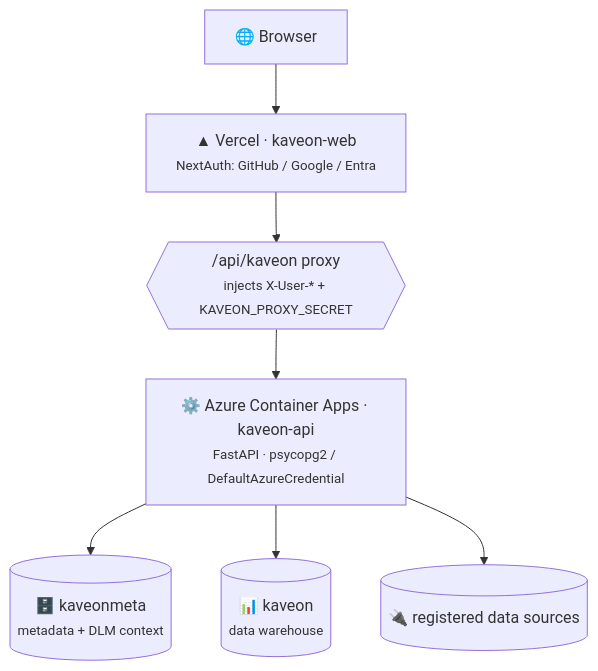
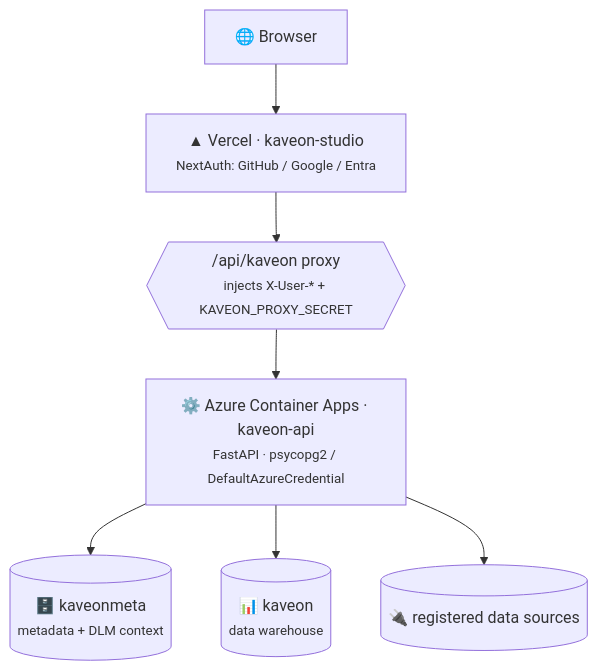
Before and after one commit to PruthviProdduturi/Kaveon: the diagram in docs/guides/deploy-vercel-azure-postgres.md, drawn with Mermaid. The commit also changed other lines of this file and 267 other files, not shown here.

First line of the commit message:
refactor: platform architecture — studio + api + engine + dlm

````diff
--- a/docs/guides/deploy-vercel-azure-postgres.md
+++ b/docs/guides/deploy-vercel-azure-postgres.md
@@ -5,14 +5,14 @@
 ```mermaid
 flowchart TD
     B["🌐 Browser"]
-    V["▲ Vercel · kaveon-web<br/><small>NextAuth: GitHub / Google / Entra</small>"]
+    V["▲ Vercel · kaveon-studio<br/><small>NextAuth: GitHub / Google / Entra</small>"]
     P{{"/api/kaveon proxy<br/><small>injects X-User-* + KAVEON_PROXY_SECRET</small>"}}
     A["⚙️ Azure Container Apps · kaveon-api<br/><small>FastAPI · psycopg2 / DefaultAzureCredential</small>"]
     M[("🗄️ kaveonmeta<br/><small>metadata + DLM context</small>")]
     D[("📊 kaveon<br/><small>data warehouse</small>")]
     X[("🔌 registered data sources")]
     B --> V --> P --> A
     A --> M
     A --> D
     A --> X
 ```
````
